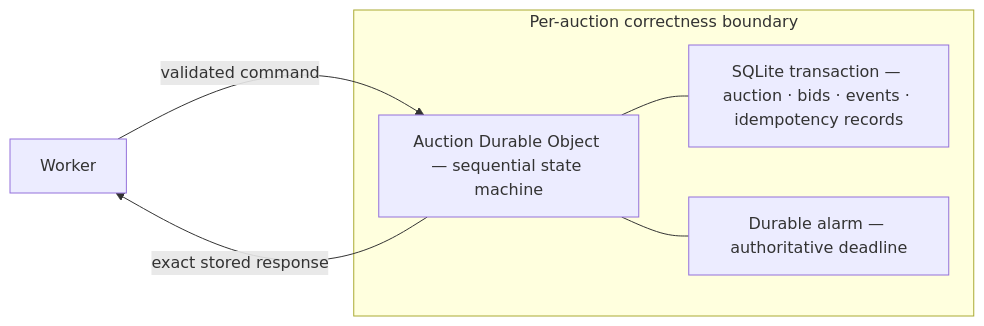
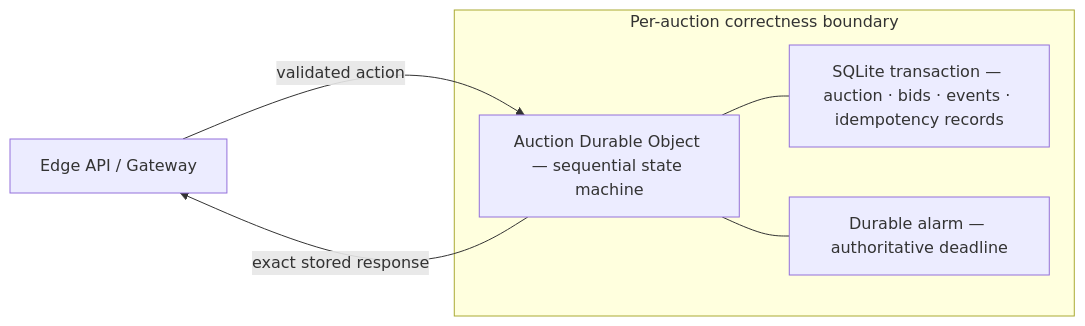
The third of 12 diagrams in SYSTEM_DESIGN.md (aranlucas/live-auction), drawn with Mermaid before and after one commit. The commit also changed other lines of this file, not shown here.

Commit message:
docs: label the edge API gateway boundary

````diff
--- a/SYSTEM_DESIGN.md
+++ b/SYSTEM_DESIGN.md
@@ -203,15 +205,15 @@
 ```mermaid
 flowchart LR
-    Worker[Worker]
+    Gateway[Edge API / Gateway]
 
     subgraph Boundary[Per-auction correctness boundary]
         Auction["Auction Durable Object — sequential state machine"]
         SQLite["SQLite transaction — auction · bids · events · idempotency records"]
         Alarm["Durable alarm — authoritative deadline"]
         Auction --- SQLite
         Auction --- Alarm
     end
 
-    Worker -->|validated command| Auction
-    Auction -->|exact stored response| Worker
+    Gateway -->|validated action| Auction
+    Auction -->|exact stored response| Gateway
 ```
````
